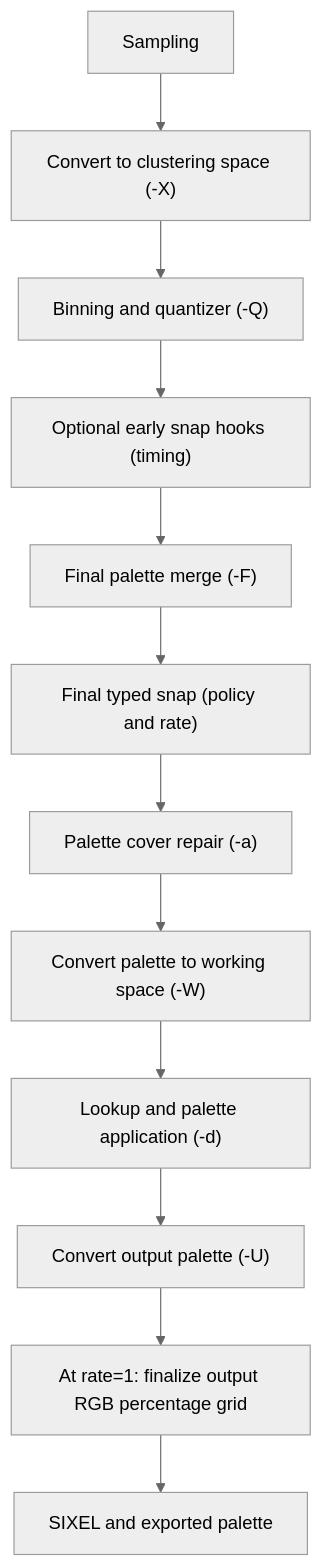
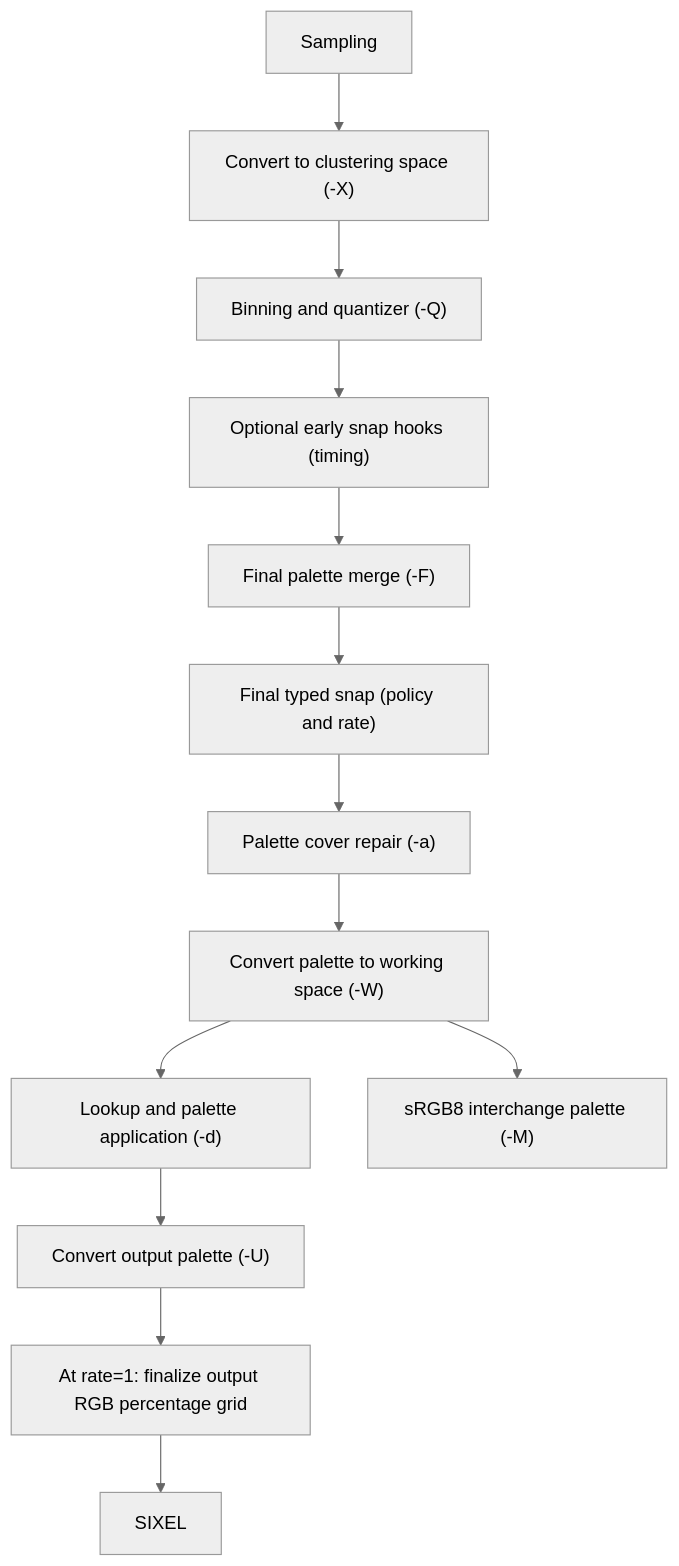
The diagram in docs/functionality/snap-policy.md (saitoha/libsixel), drawn with Mermaid (neutral theme) before and after one commit. The commit also changed other lines of this file and 21 other files, not shown here.

Commit message:
fix: separate srgb palette interchange from wire output

````diff
--- a/docs/functionality/snap-policy.md
+++ b/docs/functionality/snap-policy.md
@@ -47,14 +47,15 @@
 ```mermaid
 flowchart TD
     S["Sampling"] --> X["Convert to clustering space (-X)"]
     X --> B["Binning and quantizer (-Q)"]
     B --> E["Optional early snap hooks (timing)"]
     E --> M["Final palette merge (-F)"]
     M --> N["Final typed snap (policy and rate)"]
     N --> C["Palette cover repair (-a)"]
     C --> W["Convert palette to working space (-W)"]
     W --> L["Lookup and palette application (-d)"]
     L --> U["Convert output palette (-U)"]
     U --> G["At rate=1: finalize output RGB percentage grid"]
-    G --> O["SIXEL and exported palette"]
+    G --> O["SIXEL"]
+    W --> P["sRGB8 interchange palette (-M)"]
 ```
````
